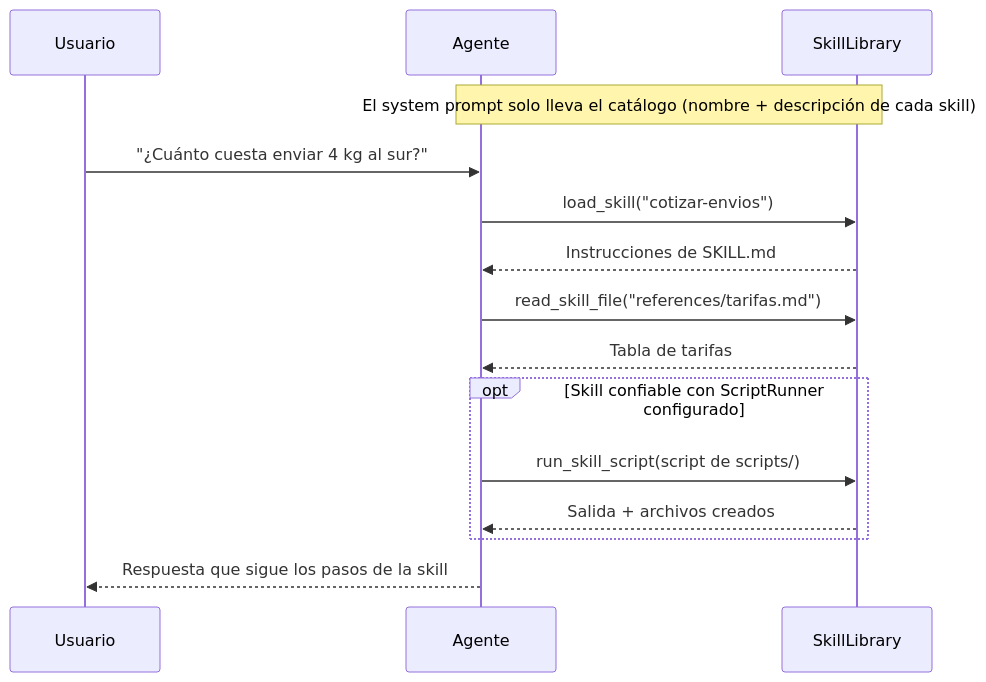
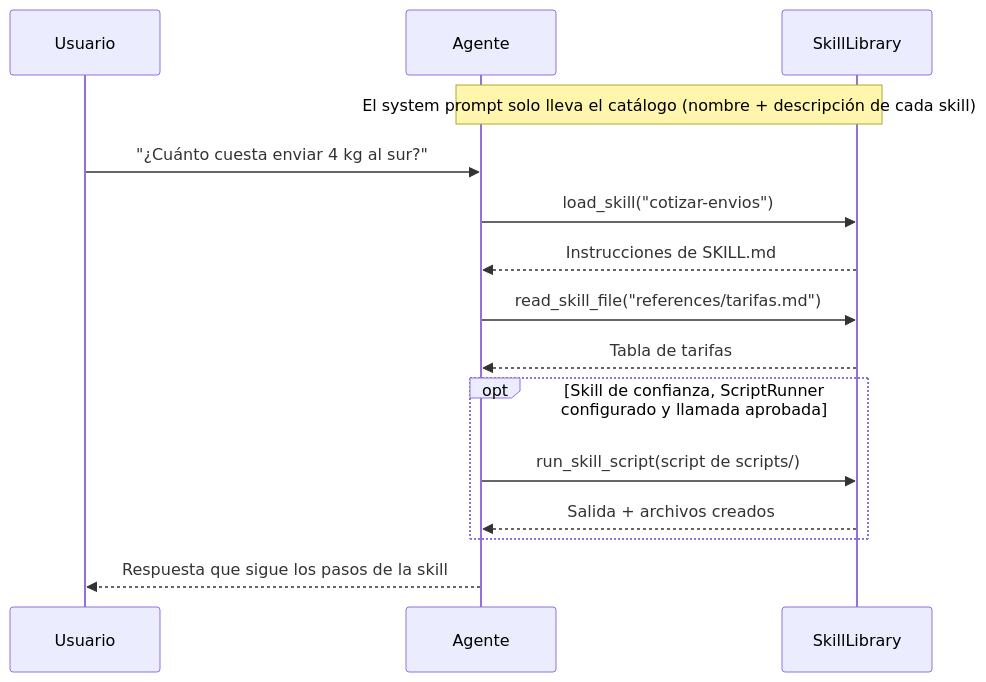
Before and after one commit to bluesmilecl/AiSdk.Net: the diagram in docs/wiki/es-Skills.md, drawn with Mermaid. The commit also changed other lines of this file and 10 other files, not shown here.

````diff
--- a/docs/wiki/es-Skills.md
+++ b/docs/wiki/es-Skills.md
@@ -12,17 +12,17 @@
 ```mermaid
 sequenceDiagram
     participant U as Usuario
     participant A as Agente
     participant L as SkillLibrary
     Note over A,L: El system prompt solo lleva el catálogo (nombre + descripción de cada skill)
     U->>A: "¿Cuánto cuesta enviar 4 kg al sur?"
     A->>L: load_skill("cotizar-envios")
     L-->>A: Instrucciones de SKILL.md
     A->>L: read_skill_file("references/tarifas.md")
     L-->>A: Tabla de tarifas
-    opt Skill confiable con ScriptRunner configurado
+    opt Skill de confianza, ScriptRunner configurado y llamada aprobada
         A->>L: run_skill_script(script de scripts/)
         L-->>A: Salida + archivos creados
     end
     A-->>U: Respuesta que sigue los pasos de la skill
 ```
````
